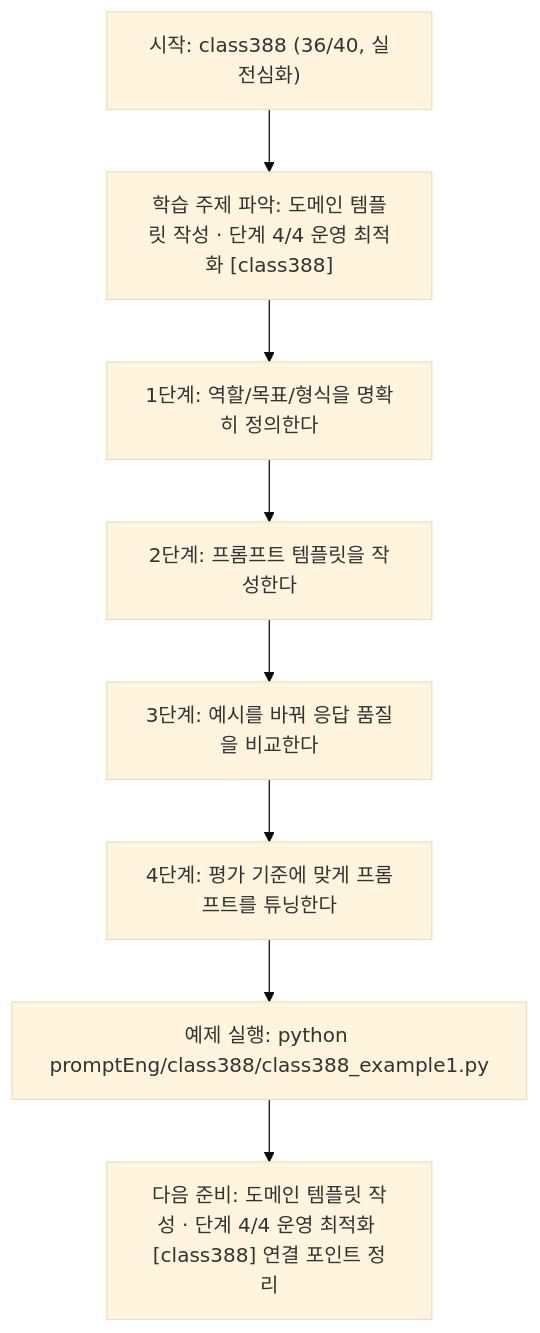
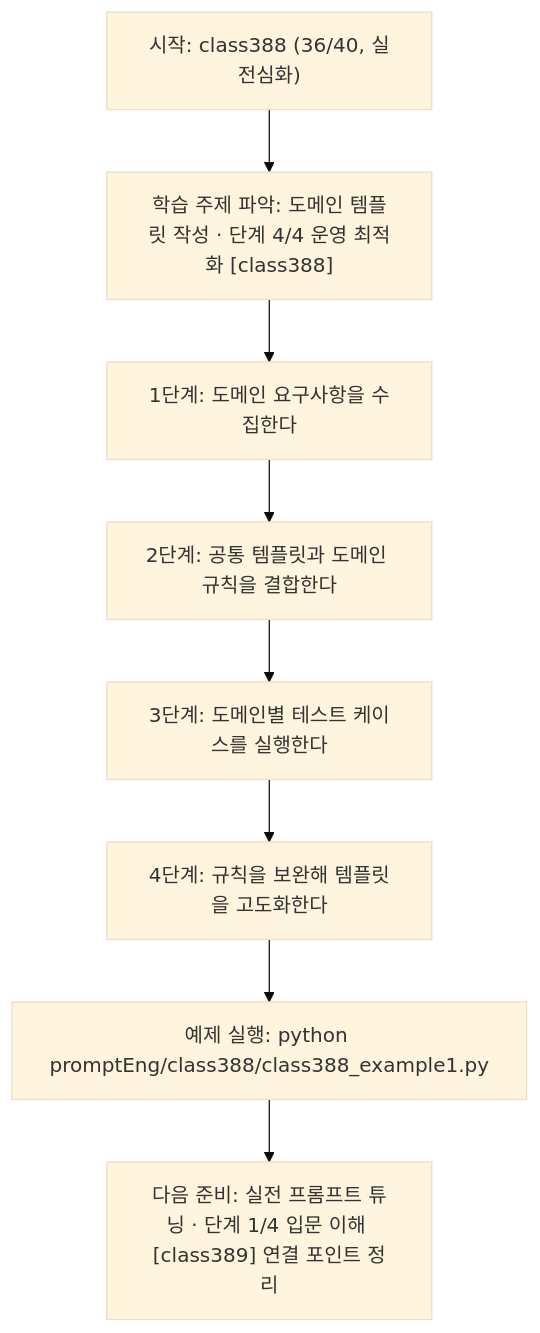
The diagram in promptEng/class388/class388.md (edumgt/Python-AI_Agent-Class), drawn with Mermaid (base theme) before and after one commit. The commit also changed other lines of this file and 283 other files, not shown here.

````diff
--- a/promptEng/class388/class388.md
+++ b/promptEng/class388/class388.md
@@ -110,18 +91,18 @@
 ```mermaid
 flowchart TD
 N1["시작: class388 (36/40, 실전심화)"]
 N2["학습 주제 파악: 도메인 템플릿 작성 · 단계 4/4 운영 최적화 [class388]"]
-N3["1단계: 역할/목표/형식을 명확히 정의한다"]
-N4["2단계: 프롬프트 템플릿을 작성한다"]
-N5["3단계: 예시를 바꿔 응답 품질을 비교한다"]
-N6["4단계: 평가 기준에 맞게 프롬프트를 튜닝한다"]
+N3["1단계: 도메인 요구사항을 수집한다"]
+N4["2단계: 공통 템플릿과 도메인 규칙을 결합한다"]
+N5["3단계: 도메인별 테스트 케이스를 실행한다"]
+N6["4단계: 규칙을 보완해 템플릿을 고도화한다"]
 N7["예제 실행: python promptEng/class388/class388_example1.py"]
-N8["다음 준비: 도메인 템플릿 작성 · 단계 4/4 운영 최적화 [class388] 연결 포인트 정리"]
+N8["다음 준비: 실전 프롬프트 튜닝 · 단계 1/4 입문 이해 [class389] 연결 포인트 정리"]
 N1 --> N2
 N2 --> N3
 N3 --> N4
 N4 --> N5
 N5 --> N6
 N6 --> N7
 N7 --> N8
 ```
````
